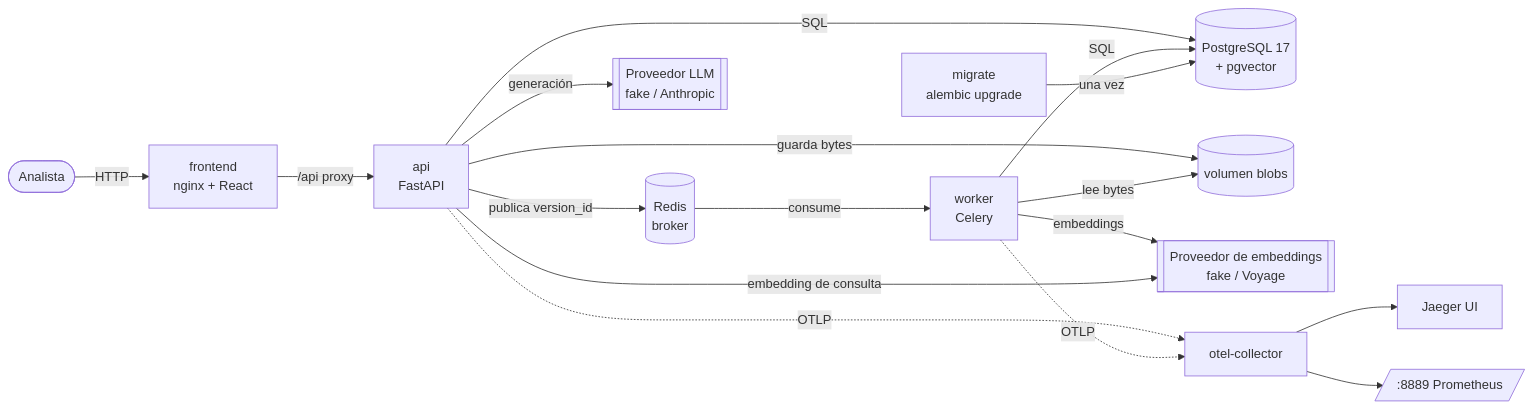
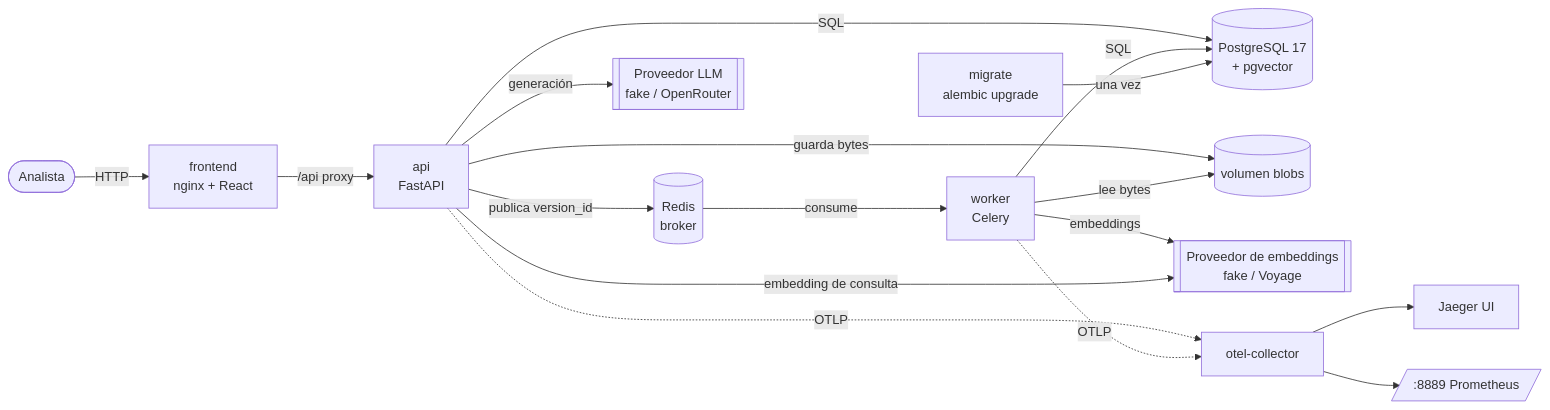
Before and after one commit to alayoalex/NorteLegalRAG: the first of 6 diagrams in docs/architecture.md, drawn with Mermaid. The commit also changed other lines of this file and 3 other files, not shown here.

First line of the commit message:
OpenRouter como proveedor del LLM

````diff
--- a/docs/architecture.md
+++ b/docs/architecture.md
@@ -7,19 +7,19 @@
 ```mermaid
 flowchart LR
     user([Analista]) -->|HTTP| fe[frontend<br/>nginx + React]
     fe -->|/api proxy| api[api<br/>FastAPI]
     api -->|SQL| pg[(PostgreSQL 17<br/>+ pgvector)]
     api -->|publica version_id| redis[(Redis<br/>broker)]
     api -->|guarda bytes| blobs[(volumen blobs)]
     redis -->|consume| worker[worker<br/>Celery]
     worker -->|lee bytes| blobs
     worker -->|SQL| pg
     worker -->|embeddings| emb[[Proveedor de embeddings<br/>fake / Voyage]]
     api -->|embedding de consulta| emb
-    api -->|generación| llm[[Proveedor LLM<br/>fake / Anthropic]]
+    api -->|generación| llm[[Proveedor LLM<br/>fake / OpenRouter]]
     api -. OTLP .-> otel[otel-collector]
     worker -. OTLP .-> otel
     otel --> jaeger[Jaeger UI]
     otel --> prom[/:8889 Prometheus/]
     migrate[migrate<br/>alembic upgrade] -->|una vez| pg
 ```
````
